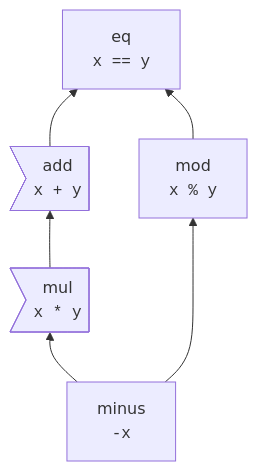
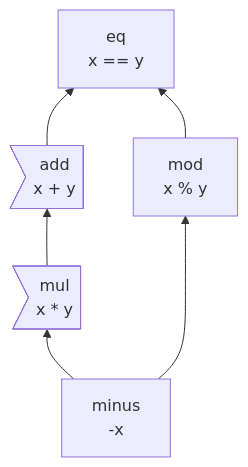
One commit to carbon-language/carbon-lang changed the diagram in executable_semantics/syntax/README.md. Above: the diagram before and after it, drawn with Mermaid.

Commit message:
Retry specifying teletype font following #1089.

````diff
--- a/executable_semantics/syntax/README.md
+++ b/executable_semantics/syntax/README.md
@@ -29,12 +29,13 @@
 ```mermaid
 graph BT
-    minus["minus<br><tt>-x</tt>"]
-    mul>"mul<br><tt>x * y</tt>"]
-    add>"add<br><tt>x + y</tt>"]
-    mod["mod<br><tt>x % y</tt>"]
-    eq["eq<br><tt>x == y</tt>"]
+    %%{init: {'themeVariables': {'fontFamily': 'monospace'}}}%%
+    minus["minus<br>-x"]
+    mul>"mul<br>x * y"]
+    add>"add<br>x + y"]
+    mod["mod<br>x % y"]
+    eq["eq<br>x == y"]
 
     minus --> mul & mod
     mul --> add
     add & mod --> eq
 ```
````
